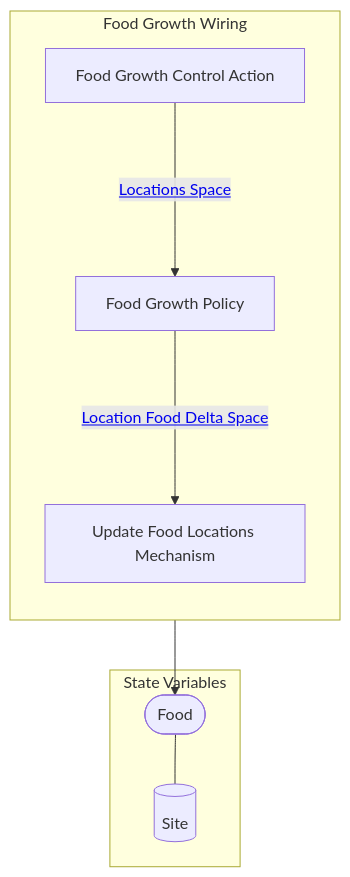
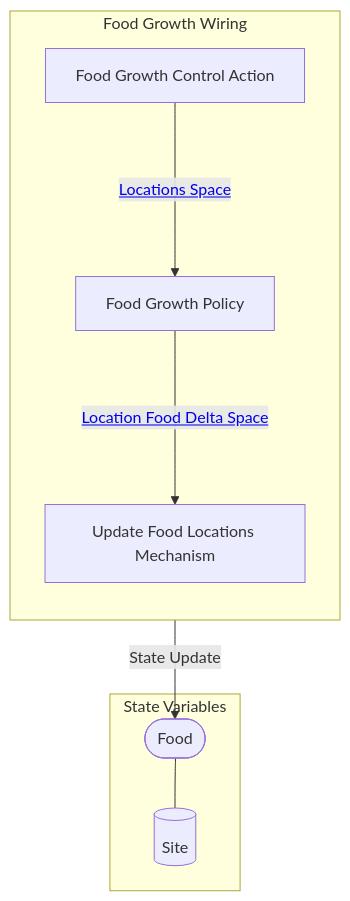
Before and after one commit to BlockScience/Predator-Prey-MSML: the first of 2 diagrams in reports/obsidian/Wiring/Food Growth Wiring.md, drawn with Mermaid. The commit also changed other lines of this file and 35 other files, not shown here.

````diff
--- a/reports/obsidian/Wiring/Food Growth Wiring.md
+++ b/reports/obsidian/Wiring/Food Growth Wiring.md
@@ -4,24 +4,24 @@
 ```mermaid
 graph TB
 
 subgraph SVS["State Variables"]
 EE0[("Site")]
 EES0(["Food"])
 EES0 --- EE0
 end
 
 subgraph X4["Food Growth Wiring"]
 direction TB
 X1["Food Growth Control Action"]
 X2["Food Growth Policy"]
 X3["Update Food Locations Mechanism"]
-X3 --> EES0
+X3 --"State Update"--> EES0
 X1--"<a href='Locations Space' class=internal-link>Locations Space</a>"--->X2
 X2--"<a href='Location Food Delta Space' class=internal-link>Location Food Delta Space</a>"--->X3
 end
 class X1 internal-link;
 class X2 internal-link;
 class X3 internal-link;
 class EE0 internal-link;
 
 ```
````
